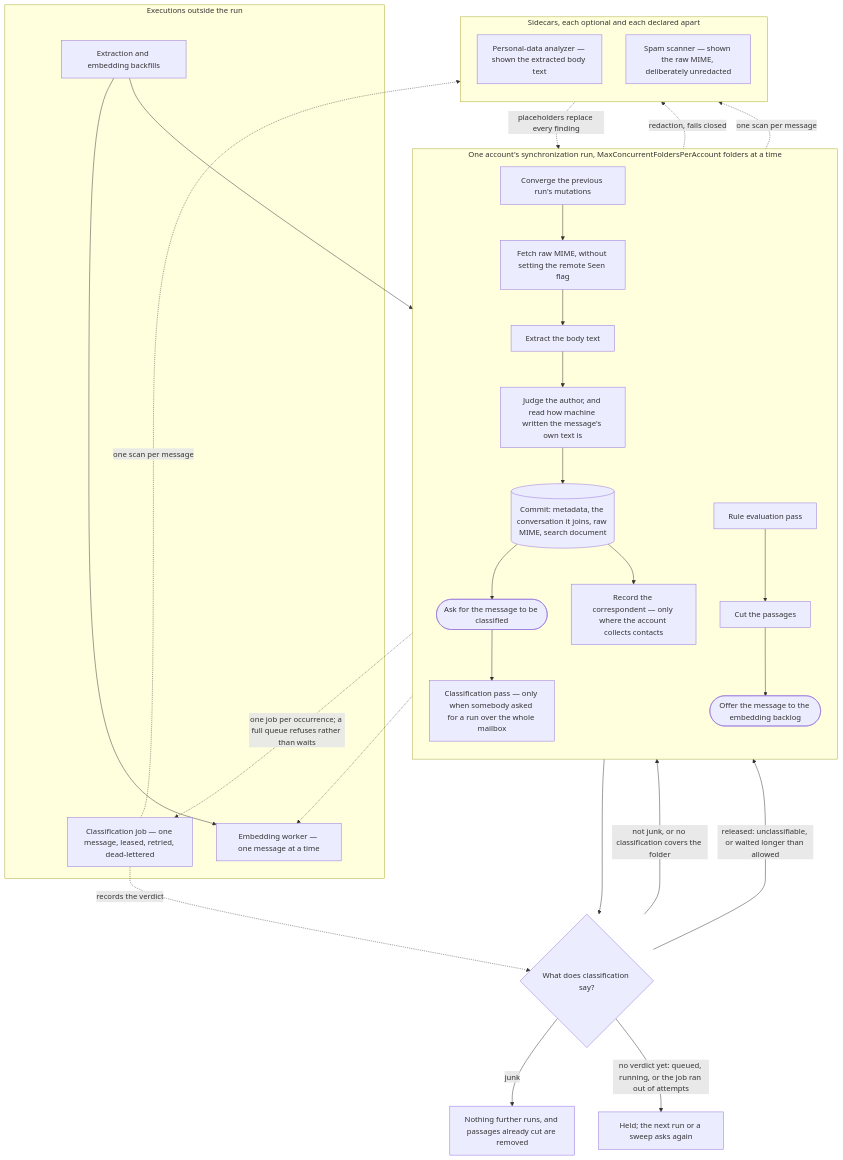
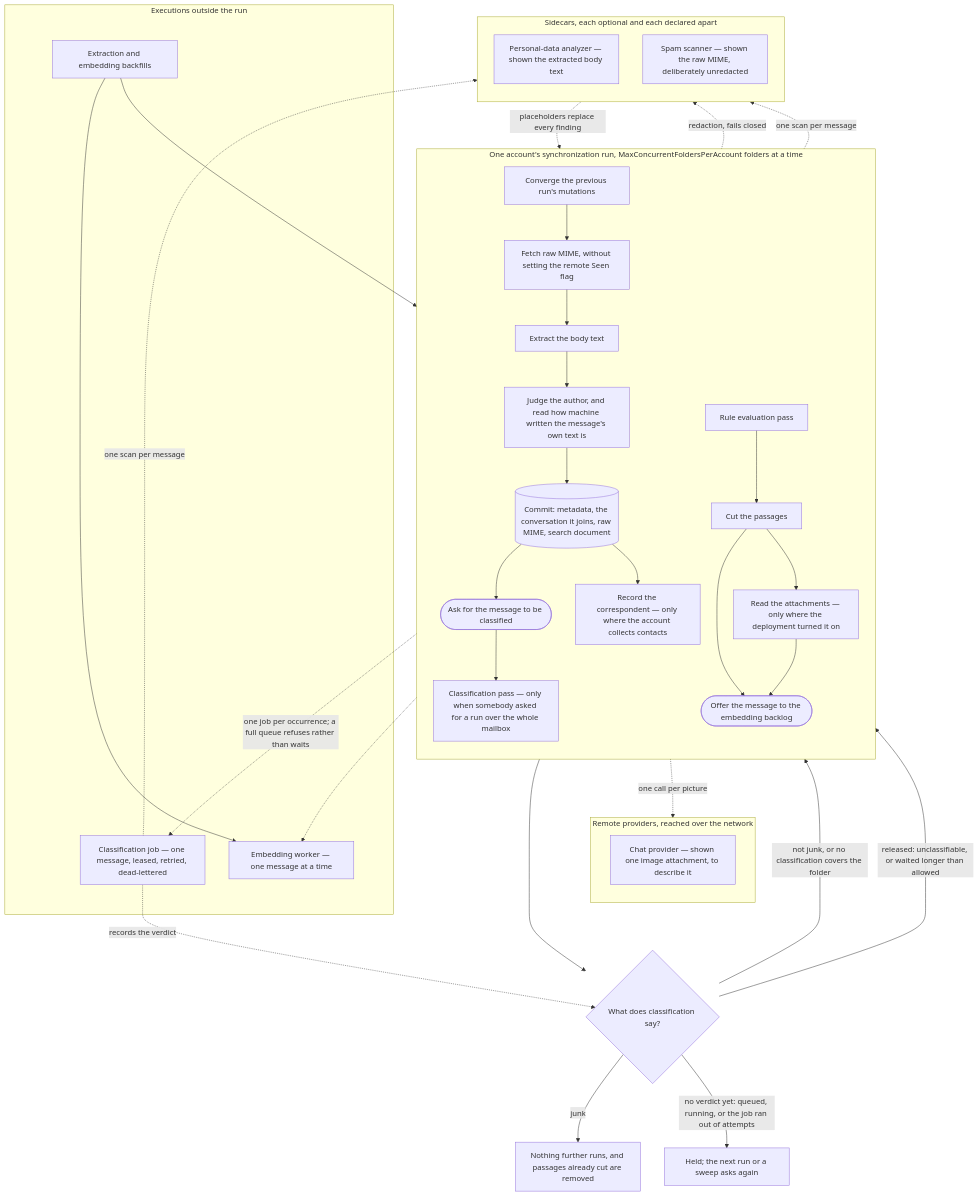
The diagram in docs/architecture/arrival-pipeline.md (Krzysztof318/MailFathom), drawn with Mermaid before and after one commit. The commit also changed other lines of this file and 95 other files, not shown here.

````diff
--- a/docs/architecture/arrival-pipeline.md
+++ b/docs/architecture/arrival-pipeline.md
@@ -16,51 +16,60 @@
 ```mermaid
 flowchart TD
     subgraph run["One account's synchronization run, MaxConcurrentFoldersPerAccount folders at a time"]
         direction TB
         converge["Converge the previous run's mutations"]
         fetch["Fetch raw MIME, without setting the remote Seen flag"]
         extract["Extract the body text"]
         judge["Judge the author, and read how machine written the message's own text is"]
         commit[("Commit: metadata, the conversation it joins, raw MIME, search document")]
         ask(["Ask for the message to be classified"])
         collect["Record the correspondent — only where the account collects contacts"]
         classify["Classification pass — only when somebody asked for a run over the whole mailbox"]
         rules["Rule evaluation pass"]
         cut["Cut the passages"]
+        read["Read the attachments — only where the deployment turned it on"]
         offer(["Offer the message to the embedding backlog"])
     end
 
     subgraph sidecars["Sidecars, each optional and each declared apart"]
         direction TB
         presidio["Personal-data analyzer — shown the extracted body text"]
         spamd["Spam scanner — shown the raw MIME, deliberately unredacted"]
+    end
+
+    subgraph remote["Remote providers, reached over the network"]
+        direction TB
+        vision["Chat provider — shown one image attachment, to describe it"]
     end
 
     subgraph elsewhere["Executions outside the run"]
         job["Classification job — one message, leased, retried, dead-lettered"]
         worker["Embedding worker — one message at a time"]
         sweeps["Extraction and embedding backfills"]
     end
 
     converge --> fetch --> extract --> judge
     judge -. "redaction, fails closed" .-> presidio
     presidio -. "placeholders replace every finding" .-> judge
     judge --> commit
     commit --> ask
     commit --> collect
     ask -. "one job per occurrence; a full queue refuses rather than waits" .-> job
     ask --> classify
     job -. "one scan per message" .-> spamd
     classify -. "one scan per message" .-> spamd
     job -. "records the verdict" .-> gate
     classify --> gate{"What does classification say?"}
     gate -- "junk" --> withheld["Nothing further runs, and passages already cut are removed"]
     gate -- "not junk, or no classification covers the folder" --> rules
     gate -- "no verdict yet: queued, running, or the job ran out of attempts" --> held["Held; the next run or a sweep asks again"]
     gate -- "released: unclassifiable, or waited longer than allowed" --> rules
     rules --> cut
     cut --> offer
+    cut --> read
+    read --> offer
+    read -. "one call per picture" .-> vision
     offer -.-> worker
     sweeps --> cut
     sweeps --> worker
 ```
````
